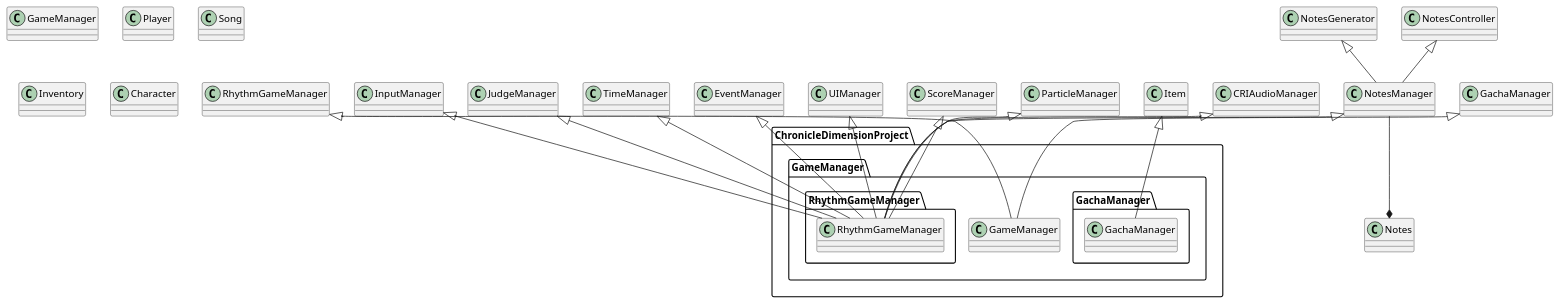
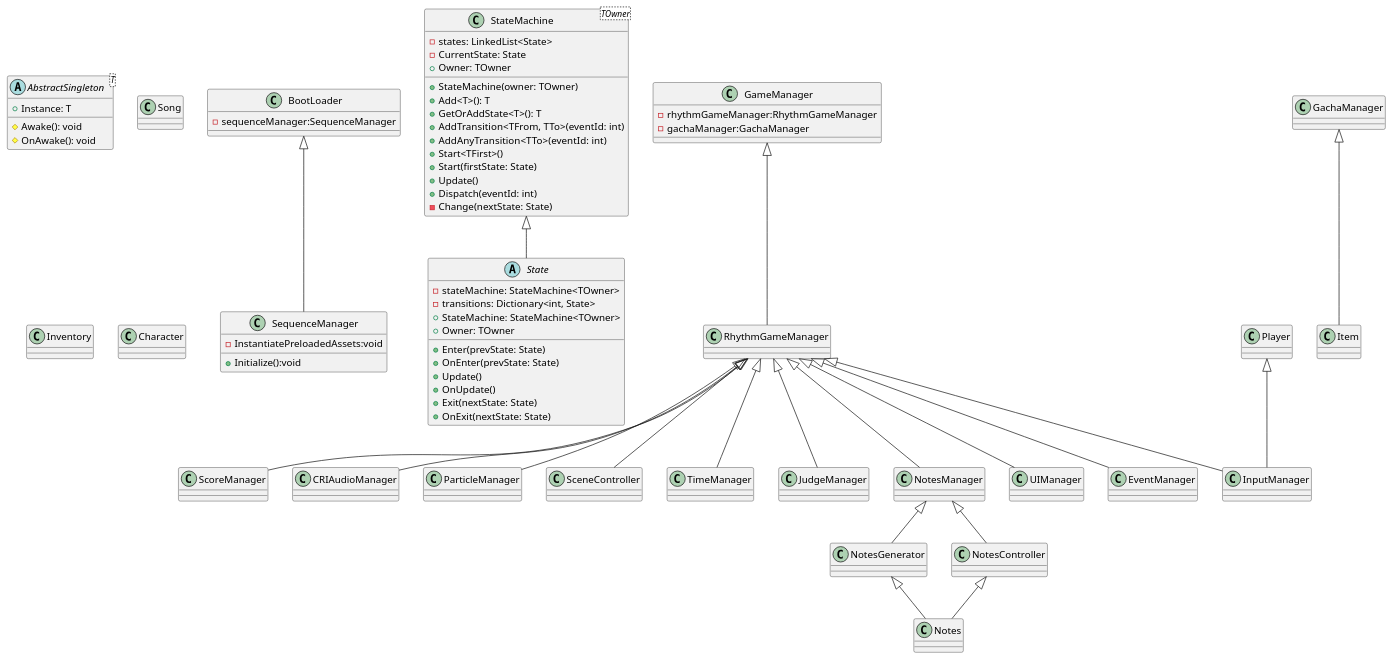
Before and after one commit to Hikanyan/ChronicleDimension: the diagram in Assets/ChronicleDimensionProject/ClassTree/ClassTree.pu, drawn with PlantUML.

Commit message:
[Update]ClassTree

```diff
--- a/Assets/ChronicleDimensionProject/ClassTree/ClassTree.pu
+++ b/Assets/ChronicleDimensionProject/ClassTree/ClassTree.pu
@@ -1,93 +1,139 @@
 @startuml
 
+class BootLoader{
+    -sequenceManager:SequenceManager
+}
+class SequenceManager{
+    +Initialize():void
+    -InstantiatePreloadedAssets:void
+}
+abstract class AbstractSingleton<T> {
+  +Instance: T
+  #Awake(): void
+  #OnAwake(): void
+}
+abstract class AbstractSingleton<T>
+Class StateMachine<TOwner> {
+  -states: LinkedList<State>
+  -CurrentState: State
+  +Owner: TOwner
+  +StateMachine(owner: TOwner)
+  +Add<T>(): T
+  +GetOrAddState<T>(): T
+  +AddTransition<TFrom, TTo>(eventId: int)
+  +AddAnyTransition<TTo>(eventId: int)
+  +Start<TFirst>()
+  +Start(firstState: State)
+  +Update()
+  +Dispatch(eventId: int)
+  -Change(nextState: State)
+}
+
+abstract class State {
+  -stateMachine: StateMachine<TOwner>
+  -transitions: Dictionary<int, State>
+  +StateMachine: StateMachine<TOwner>
+  +Owner: TOwner
+  +Enter(prevState: State)
+  +OnEnter(prevState: State)
+  +Update()
+  +OnUpdate()
+  +Exit(nextState: State)
+  +OnExit(nextState: State)
+}
+
 class GameManager {
- 
+ -rhythmGameManager:RhythmGameManager
+ -gachaManager:GachaManager
 }
 class RhythmGameManager{
 
 }
 class ScoreManager{
 
 }
 class CRIAudioManager{
 
 }
 class ParticleManager{
+
+}
+class SceneController{
 
 }
 class TimeManager{
 
 }
 class InputManager{
 
 }
 class JudgeManager{
 
 }
 class NotesManager{
 
 }
 class UIManager{
 
 }
 class EventManager{
 
 }
 class GachaManager{
 
 }
 class NotesGenerator{
 
 }
 class NotesController{
 
 }
 
 class Player{
 
 }
 class Notes{
 
 }
 class Song{
 
 }
 class Item{
 
 }
 class Inventory{
 
 }
 class Character{
 
 }
 
-package ChronicleDimensionProject {
-    package GameManager {
-        
-        RhythmGameManager <|-- GameManager
-        GachaManager <|-- GameManager
-        
-        package RhythmGameManager{
-            ScoreManager <|-- RhythmGameManager
-            CRIAudioManager <|-- RhythmGameManager
-            ParticleManager <|-- RhythmGameManager
-            TimeManager <|-- RhythmGameManager
-            InputManager <|-- RhythmGameManager
-            JudgeManager <|-- RhythmGameManager
-            NotesManager <|-- RhythmGameManager
-            UIManager <|-- RhythmGameManager
-            EventManager <|-- RhythmGameManager
-            
-            NotesGenerator <|-- NotesManager
-            NotesController <|-- NotesManager
-            
-            NotesManager --* Notes
-        }
-        package GachaManager{
-            Item <|-- GachaManager
-        }
-    }
-}
+
+BootLoader <|-- SequenceManager
+StateMachine <|-- State
+
+GameManager <|-- RhythmGameManager
+
+RhythmGameManager <|-- ScoreManager
+RhythmGameManager <|-- CRIAudioManager
+RhythmGameManager <|-- ParticleManager
+RhythmGameManager <|-- SceneController
+RhythmGameManager <|-- TimeManager
+RhythmGameManager <|-- InputManager
+RhythmGameManager <|-- JudgeManager
+RhythmGameManager <|-- NotesManager
+RhythmGameManager <|-- UIManager
+RhythmGameManager <|-- EventManager
+
+Player<|-- InputManager
+
+NotesManager  <|-- NotesGenerator
+NotesManager  <|-- NotesController
+
+NotesGenerator <|-- Notes
+NotesController <|-- Notes
+
+
+GachaManager <|-- Item
 
 @enduml
```
